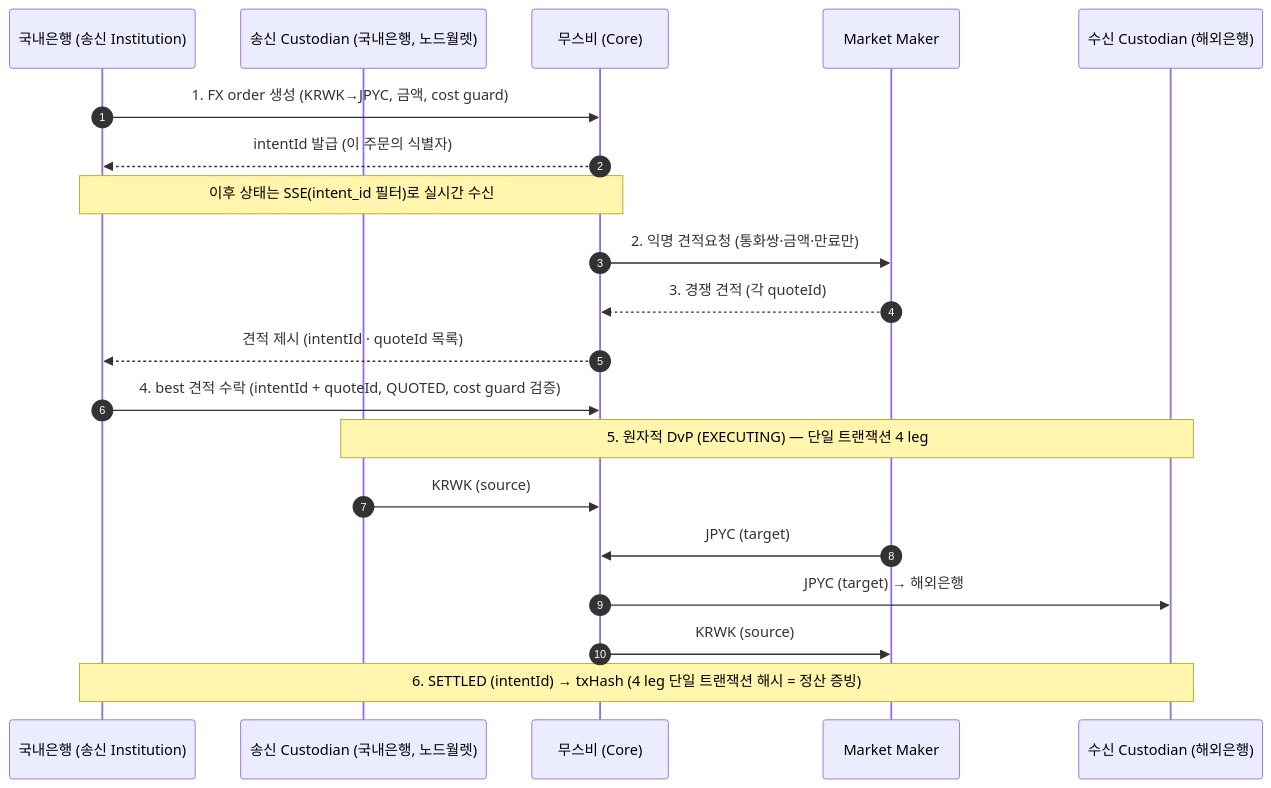
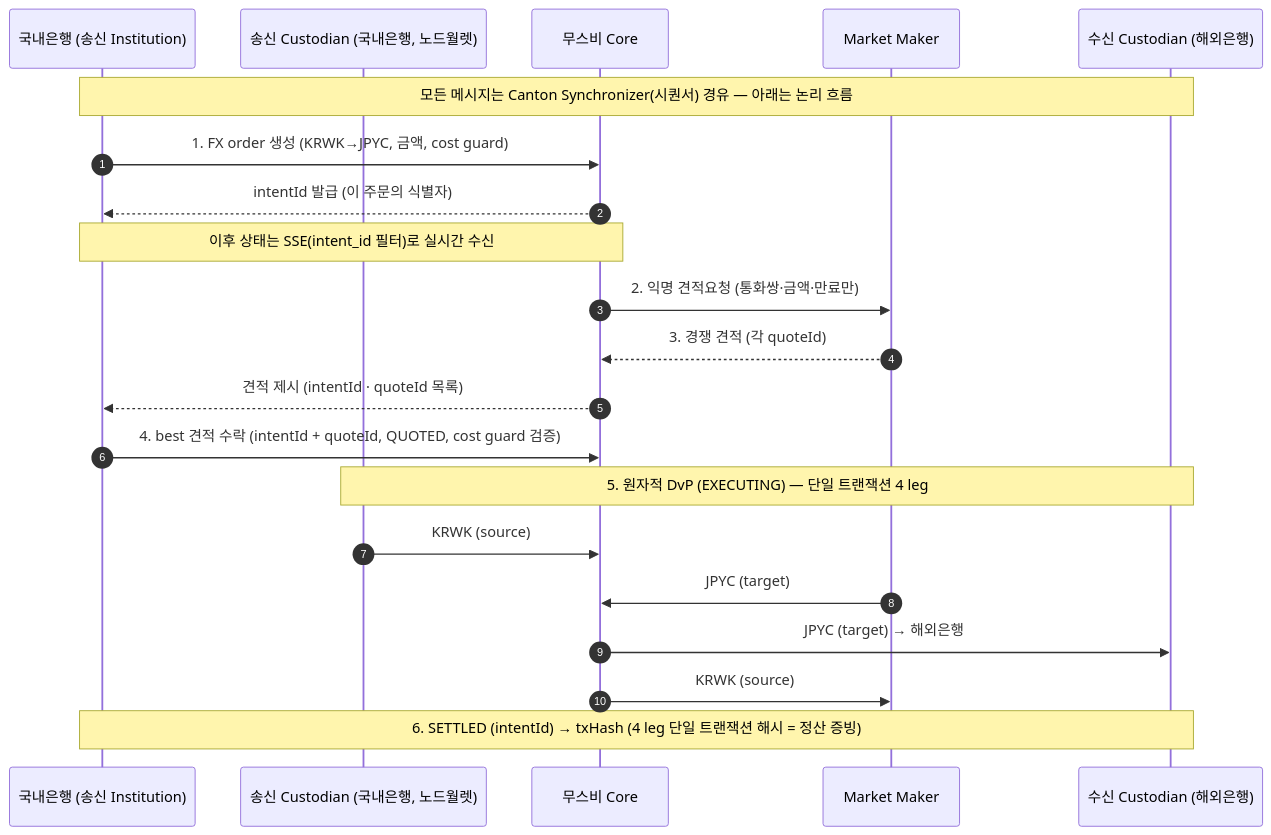
One commit to eunsujeo/canton-docs changed the diagram in dev/docs/poc/verification.md. Above: the diagram before and after it, drawn with Mermaid. The commit also changed other lines of this file and 6 other files, not shown here.

First line of the commit message:
docs(poc): 다이어그램·용어·설명 보강 (Confluence 이전 정리)

````diff
--- a/dev/docs/poc/verification.md
+++ b/dev/docs/poc/verification.md
@@ -102,22 +102,23 @@
 ```mermaid
 sequenceDiagram
     autonumber
     participant I as 국내은행 (송신 Institution)
     participant SC as 송신 Custodian (국내은행, 노드월렛)
-    participant V as 무스비 (Core)
+    participant V as 무스비 Core
     participant MM as Market Maker
     participant RC as 수신 Custodian (해외은행)
+    Note over I,RC: 모든 메시지는 Canton Synchronizer(시퀀서) 경유 — 아래는 논리 흐름
     I->>V: 1. FX order 생성 (KRWK→JPYC, 금액, cost guard)
     V-->>I: intentId 발급 (이 주문의 식별자)
     Note over I,V: 이후 상태는 SSE(intent_id 필터)로 실시간 수신
     V->>MM: 2. 익명 견적요청 (통화쌍·금액·만료만)
     MM-->>V: 3. 경쟁 견적 (각 quoteId)
     V-->>I: 견적 제시 (intentId · quoteId 목록)
     I->>V: 4. best 견적 수락 (intentId + quoteId, QUOTED, cost guard 검증)
     Note over SC,RC: 5. 원자적 DvP (EXECUTING) — 단일 트랜잭션 4 leg
     SC->>V: KRWK (source)
     MM->>V: JPYC (target)
     V->>RC: JPYC (target) → 해외은행
     V->>MM: KRWK (source)
     Note over I,RC: 6. SETTLED (intentId) → txHash (4 leg 단일 트랜잭션 해시 = 정산 증빙)
 ```
````
